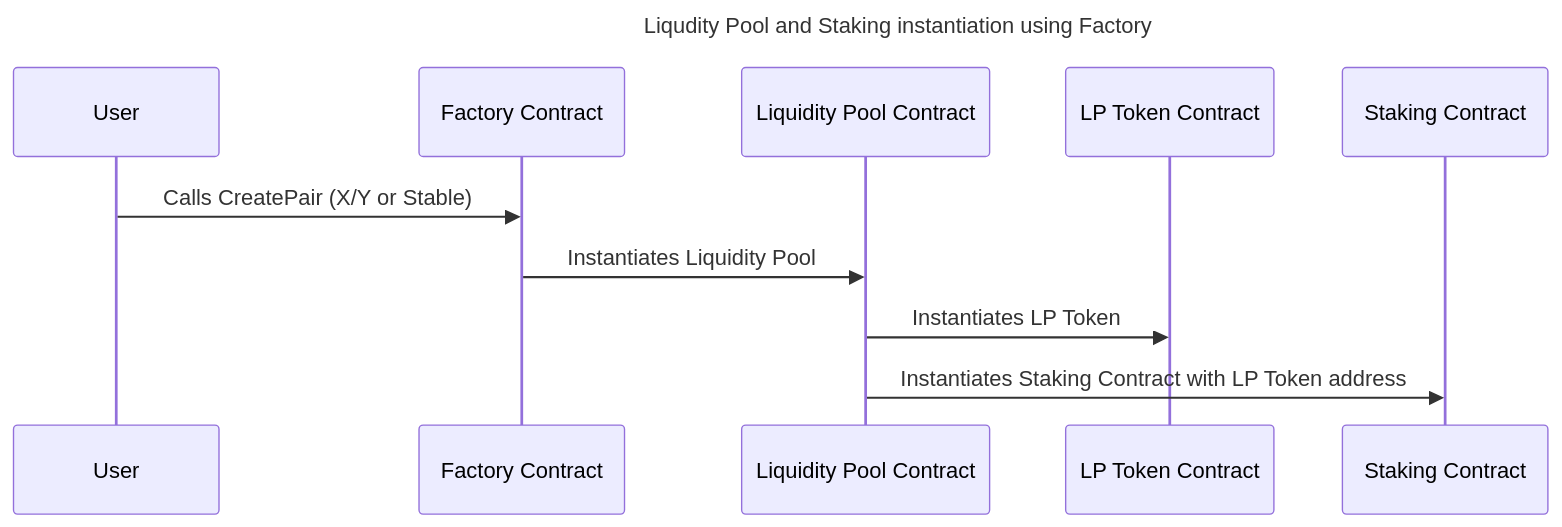
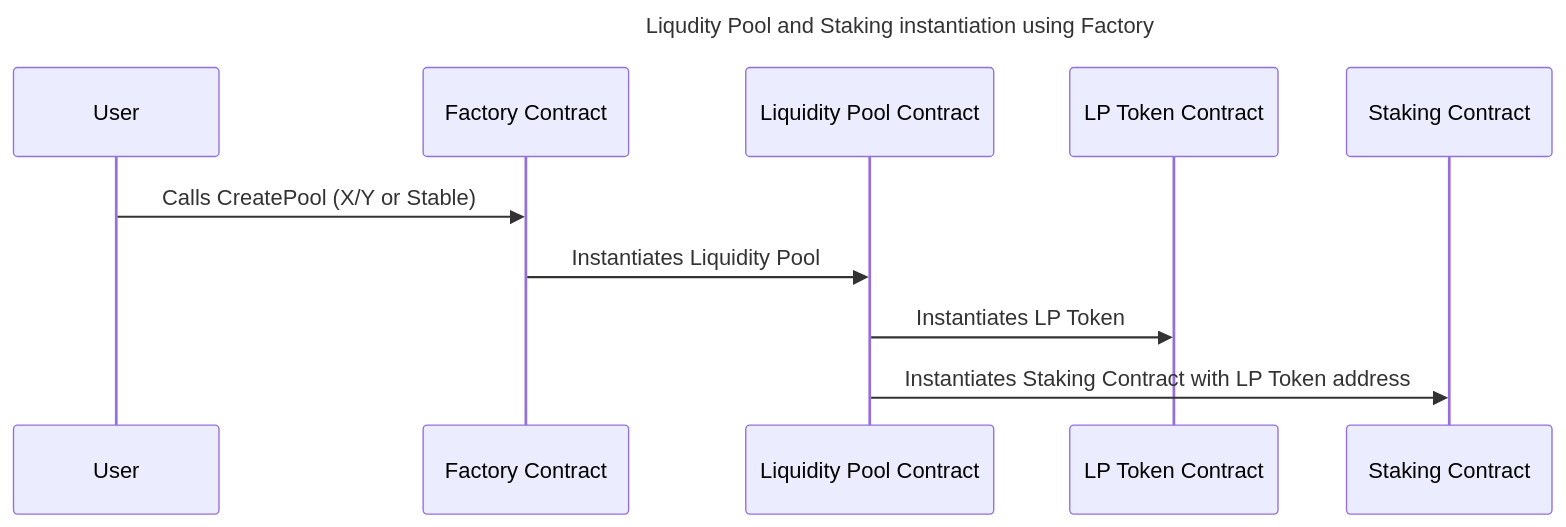
Before and after one commit to Phoenix-Protocol-Group/phoenix-contracts: the fourth of 4 diagrams in docs/architecture.md, drawn with Mermaid. The commit also changed other lines of this file and 19 other files, not shown here.

Commit message:
Rename pair to pool in every file's content

````diff
--- a/docs/architecture.md
+++ b/docs/architecture.md
@@ -84,16 +84,16 @@
 ```mermaid
 ---
 title: Liqudity Pool and Staking instantiation using Factory
 ---
 sequenceDiagram
     participant U as User
     participant F as Factory Contract
     participant LP as Liquidity Pool Contract
     participant LT as LP Token Contract
     participant S as Staking Contract
 
-    U->>F: Calls CreatePair (X/Y or Stable)
+    U->>F: Calls CreatePool (X/Y or Stable)
     F->>LP: Instantiates Liquidity Pool
     LP->>LT: Instantiates LP Token
     LP->>S: Instantiates Staking Contract with LP Token address
 ```
````
